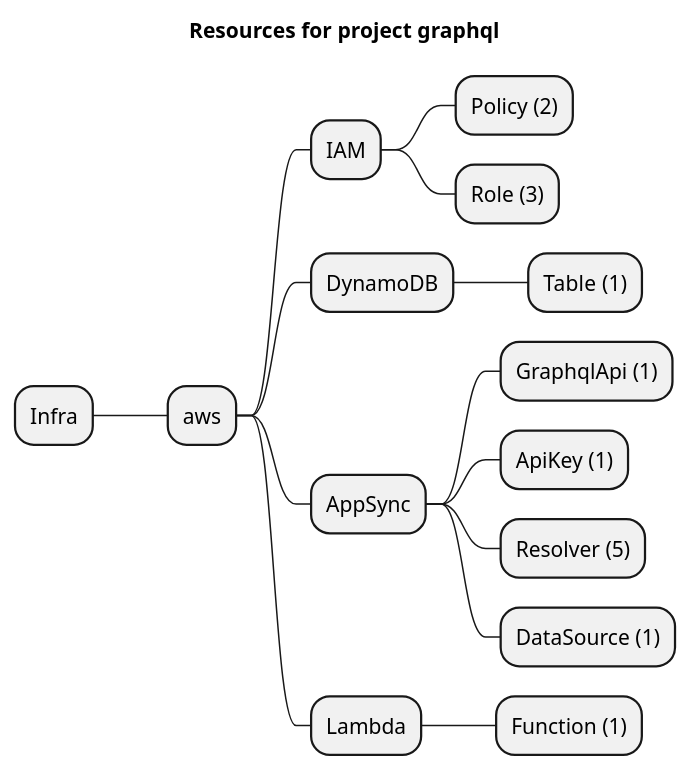
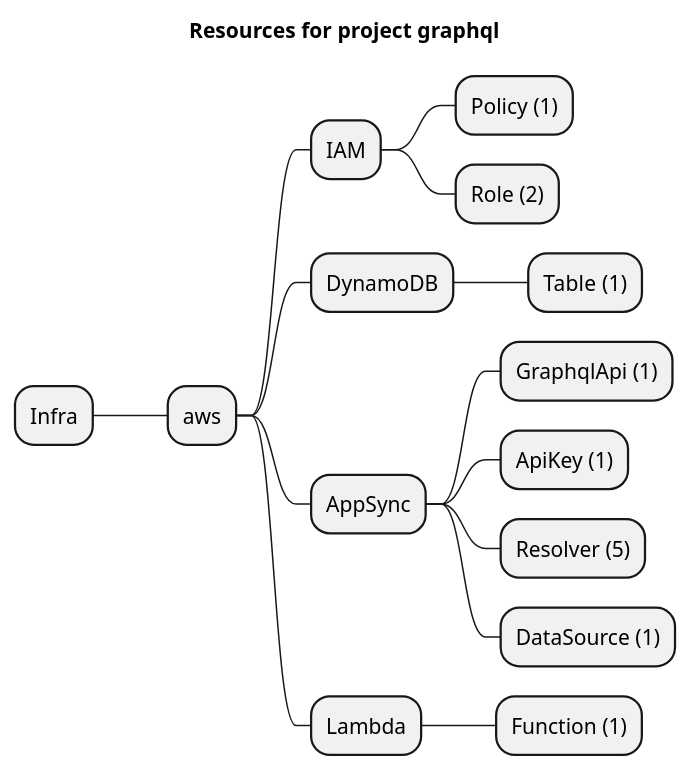
Before and after one commit to grucloud/grucloud: the diagram in examples/aws/appSync/graphql/artifacts/resources-mindmap.puml, drawn with PlantUML. The commit also changed 18 other files, not shown here.

Commit message:
graphql hooks

```diff
--- a/examples/aws/appSync/graphql/artifacts/resources-mindmap.puml
+++ b/examples/aws/appSync/graphql/artifacts/resources-mindmap.puml
@@ -1,18 +1,18 @@
 @startmindmap
 title Resources for project graphql
 skinparam monochrome true
 + Infra
 ++ aws
 +++ IAM
-++++ Policy (2)
-++++ Role (3)
+++++ Policy (1)
+++++ Role (2)
 +++ DynamoDB
 ++++ Table (1)
 +++ AppSync
 ++++ GraphqlApi (1)
 ++++ ApiKey (1)
 ++++ Resolver (5)
 ++++ DataSource (1)
 +++ Lambda
 ++++ Function (1)
 @endmindmap
```
